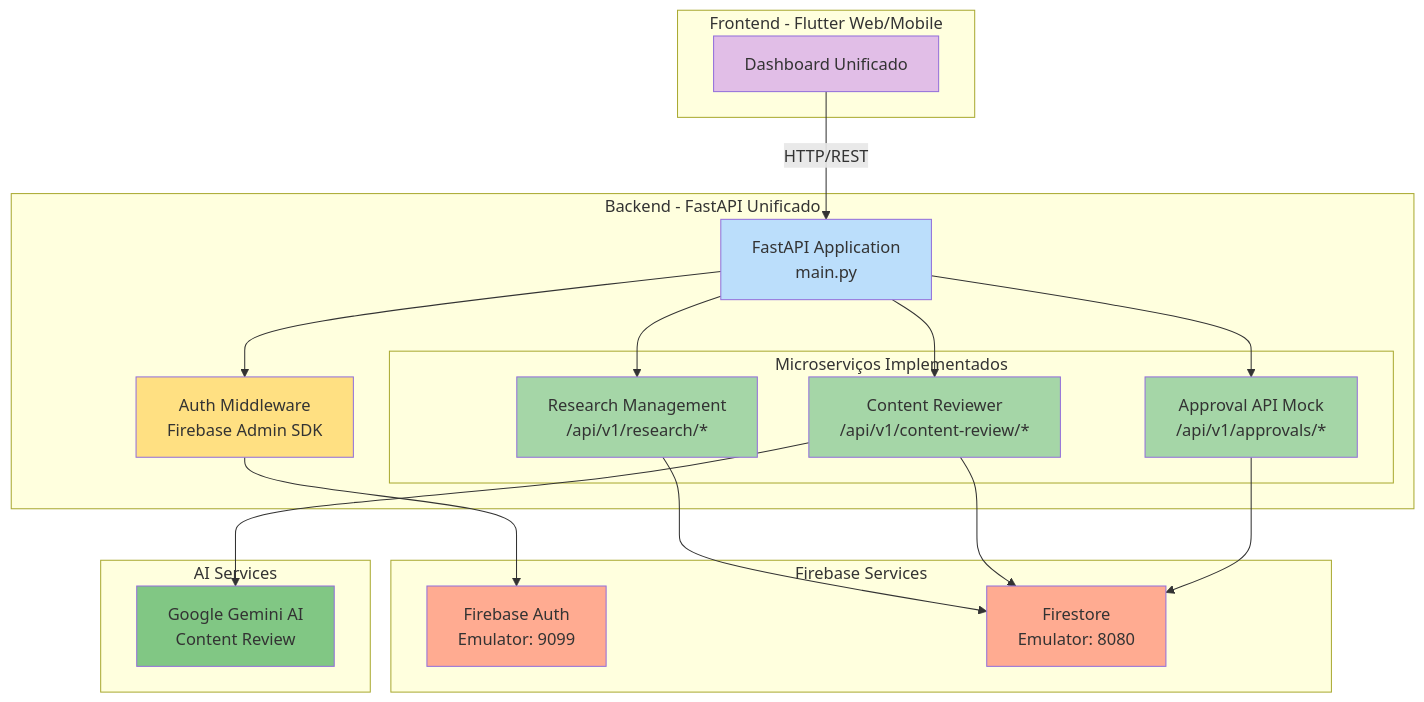
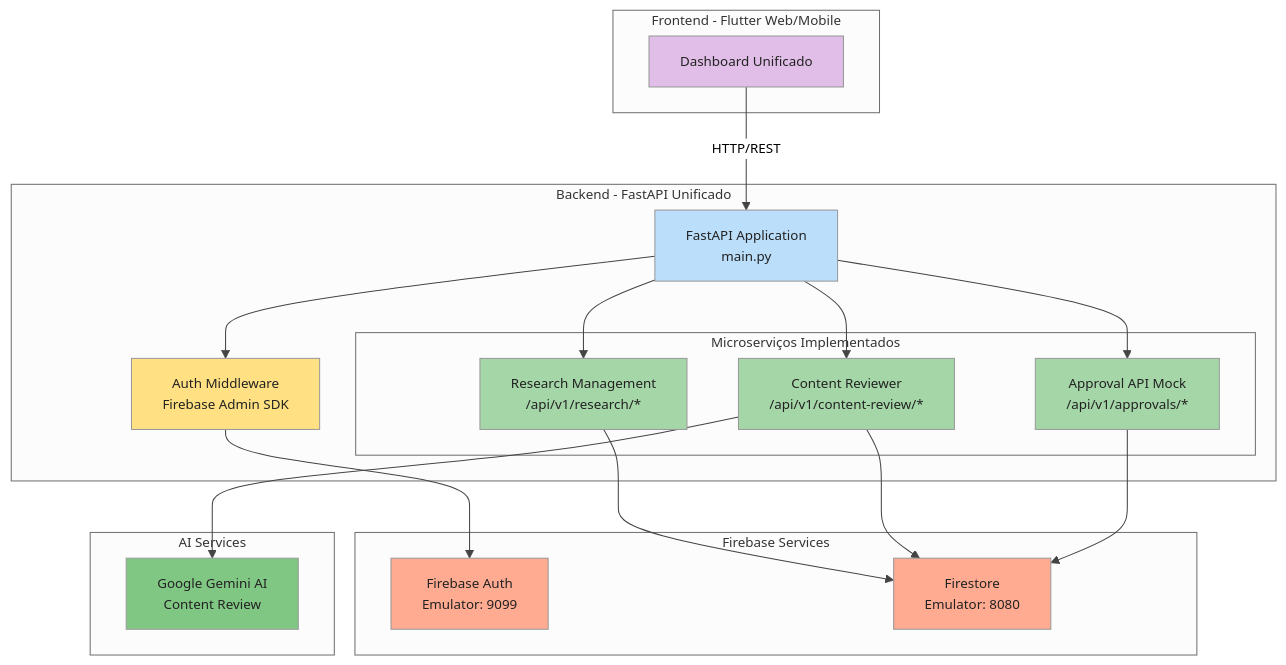
Before and after one commit to Hinten/fiap_gs2: the second of 6 diagrams in README.md, drawn with Mermaid. The commit also changed other lines of this file, not shown here.

Commit message:
fix: update mermaid diagram styles for better readability in README

````diff
--- a/README.md
+++ b/README.md
@@ -231,50 +232,51 @@
 ```mermaid
+%%{init: {'theme':'neutral','themeVariables': { 'primaryTextColor': '#222','secondaryTextColor': '#222','tertiaryTextColor': '#222','lineColor':'#444','fontSize':'13px','fontFamily':'Inter, Arial, sans-serif'}} }%%
 graph TB
     subgraph "Frontend - Flutter Web/Mobile"
         UI[Dashboard Unificado]
     end
     
     subgraph "Backend - FastAPI Unificado"
         API[FastAPI Application<br/>main.py]
         
         subgraph "Microserviços Implementados"
             RM[Research Management<br/>/api/v1/research/*]
             CR[Content Reviewer<br/>/api/v1/content-review/*]
             AP[Approval API Mock<br/>/api/v1/approvals/*]
         end
         
         AUTH[Auth Middleware<br/>Firebase Admin SDK]
     end
     
     subgraph "Firebase Services"
         FSAUTH[Firebase Auth<br/>Emulator: 9099]
         FSDB[Firestore<br/>Emulator: 8080]
     end
     
     subgraph "AI Services"
         GEMINI[Google Gemini AI<br/>Content Review]
     end
     
     UI -->|HTTP/REST| API
     API --> AUTH
     AUTH --> FSAUTH
     
     API --> RM
     API --> CR
     API --> AP
     
     RM --> FSDB
     CR --> GEMINI
     CR --> FSDB
     AP --> FSDB
 
-    style UI fill:#E1BEE7
-    style API fill:#BBDEFB
-    style AUTH fill:#FFE082
-    style RM fill:#A5D6A7
-    style CR fill:#A5D6A7
-    style AP fill:#A5D6A7
-    style FSAUTH fill:#FFAB91
-    style FSDB fill:#FFAB91
-    style GEMINI fill:#81C784
+    style UI fill:#E1BEE7,color:#222
+    style API fill:#BBDEFB,color:#222
+    style AUTH fill:#FFE082,color:#222
+    style RM fill:#A5D6A7,color:#222
+    style CR fill:#A5D6A7,color:#222
+    style AP fill:#A5D6A7,color:#222
+    style FSAUTH fill:#FFAB91,color:#222
+    style FSDB fill:#FFAB91,color:#222
+    style GEMINI fill:#81C784,color:#222
 ```
````
